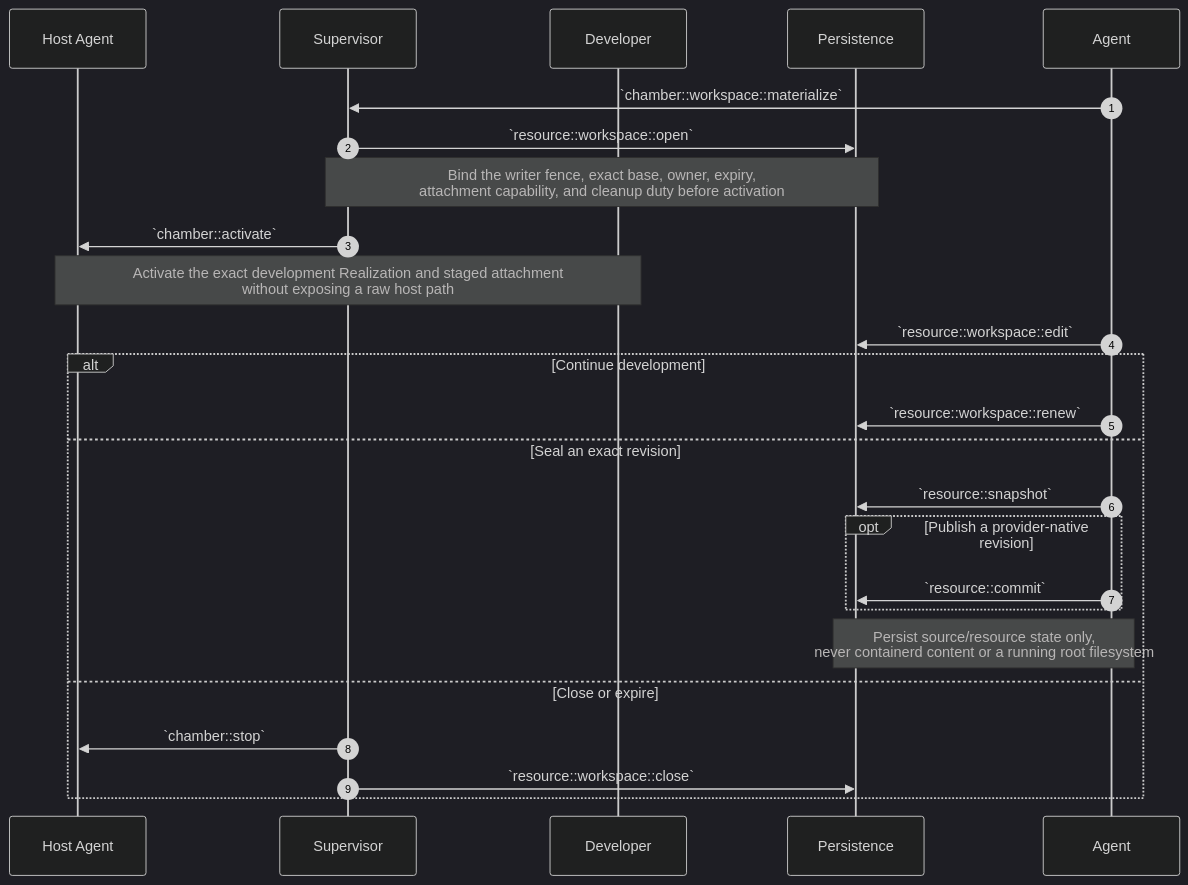
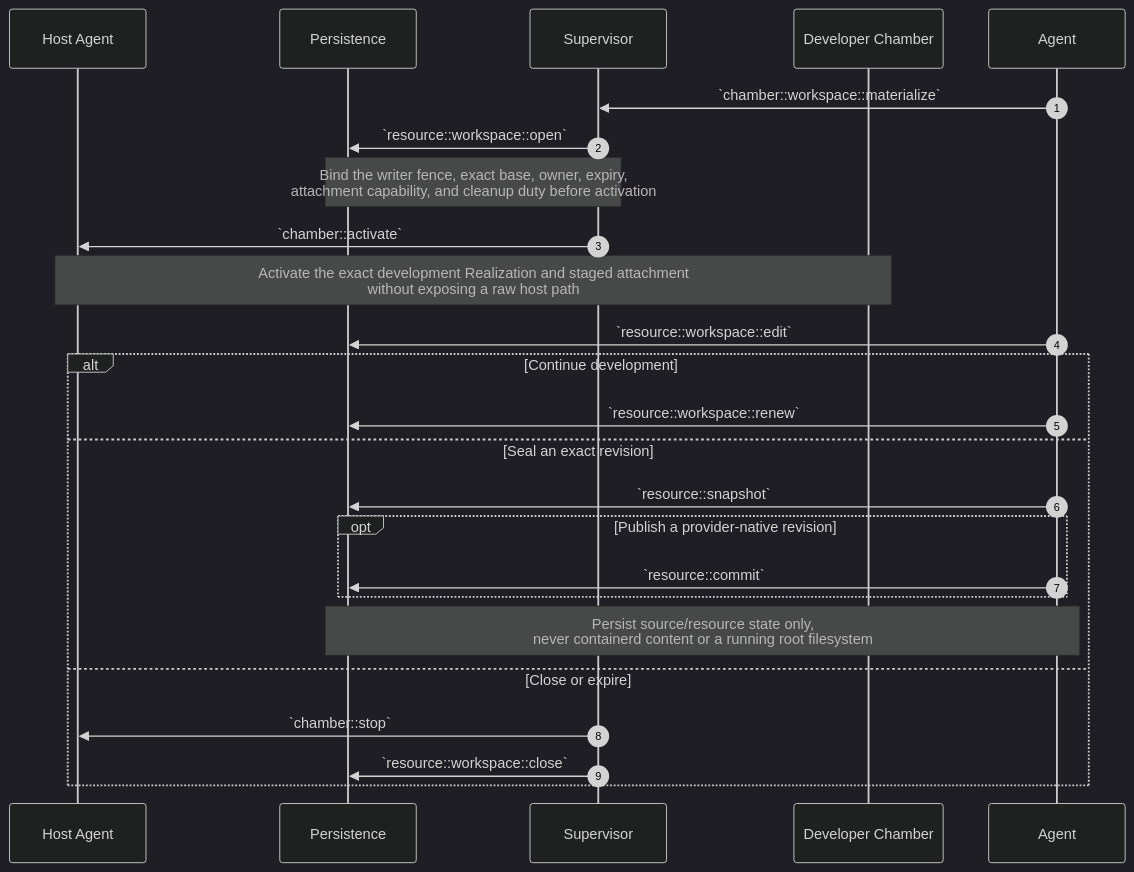
One commit to dreamcatcher-tech/chambers-lifecycle-explorer changed the eighth of 15 diagrams in source/chambers-lifecycle-sequences.md. Above: the diagram before and after it, drawn with Mermaid (dark theme). The commit also changed other lines of this file and 9 other files, not shown here.

````diff
--- a/source/chambers-lifecycle-sequences.md
+++ b/source/chambers-lifecycle-sequences.md
@@ -937,29 +1044,29 @@
 ```mermaid
 sequenceDiagram
     autonumber
     participant HostAgent as Host Agent
+    participant Persistence
     participant Supervisor
-    participant Developer
-    participant Persistence
+    participant Developer as Developer Chamber
     participant Agent
 
     Agent->>Supervisor: `chamber::workspace::materialize`
     Supervisor->>Persistence: `resource::workspace::open`
     Note over Supervisor,Persistence: Bind the writer fence, exact base, owner, expiry,<br/>attachment capability, and cleanup duty before activation
     Supervisor->>HostAgent: `chamber::activate`
     Note over HostAgent,Developer: Activate the exact development Realization and staged attachment<br/>without exposing a raw host path
     Agent->>Persistence: `resource::workspace::edit`
 
     alt Continue development
         Agent->>Persistence: `resource::workspace::renew`
     else Seal an exact revision
         Agent->>Persistence: `resource::snapshot`
         opt Publish a provider-native revision
             Agent->>Persistence: `resource::commit`
         end
         Note over Agent,Persistence: Persist source/resource state only,<br/>never containerd content or a running root filesystem
     else Close or expire
         Supervisor->>HostAgent: `chamber::stop`
         Supervisor->>Persistence: `resource::workspace::close`
     end
 ```
````
